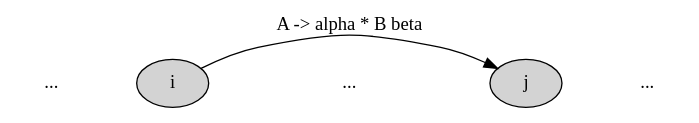
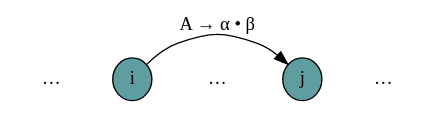
Before and after one commit to nltk/nltk_book: the diagram in images/chart_td_expand1.dot, drawn with Graphviz. The commit also changed 22 other files, not shown here.

```diff
--- a/images/chart_td_expand1.dot
+++ b/images/chart_td_expand1.dot
@@ -1,26 +1,28 @@
 digraph x {
    rankdir=LR;
+   ranksep=0.25;
    
    /* The nodes */
    {
-       node [style=filled, color=black, fillcolor=lightgray];
+       node [style=filled,height=0.1,width=0.1,fillcolor=cadetblue];
        1 [label="i"];
        2 [label="j"];
    }
 
    /* The sentence */
    {
        edge [style=invis, weight=100];
        node [shape=plaintext];
        dots1->1->dots2->2->dots3;
-       dots1 [label="..."];
-       dots2 [label="..."];
-       dots3 [label="..."];
+       dots1 [label="&hellip;"];
+       dots2 [label="&hellip;"];
+       dots3 [label="&hellip;"];
    }
    
    /* Edges */
    {
-       1->2 [label="A -> alpha * B beta"];
+       edge [fontname=LucidaGrande];
+       1->2 [label="A &rarr; &alpha; &bull; &beta;"];
    }
 
 }
```
